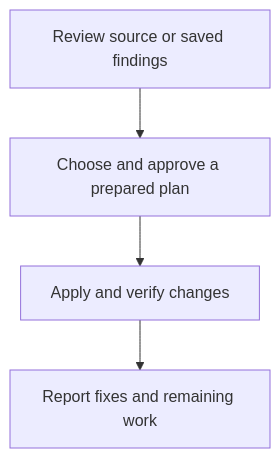
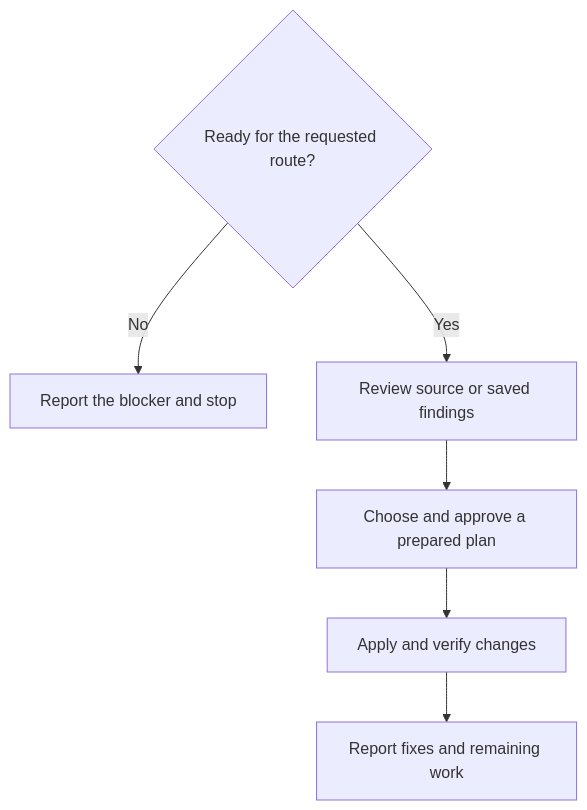
Before and after one commit to myowinthein/agent-helm: the diagram in docs/commands/refactor.md, drawn with Mermaid. The commit also changed other lines of this file and 45 other files, not shown here.

````diff
--- a/docs/commands/refactor.md
+++ b/docs/commands/refactor.md
@@ -17,6 +17,8 @@
 ```mermaid
 flowchart TD
+  Gate{"Ready for the requested route?"} -->|No| Stop["Report the blocker and stop"]
+  Gate -->|Yes| Review
   Review["Review source or saved findings"] --> Plan["Choose and approve a prepared plan"]
   Plan --> Work["Apply and verify changes"]
   Work --> Result["Report fixes and remaining work"]
 ```
````
